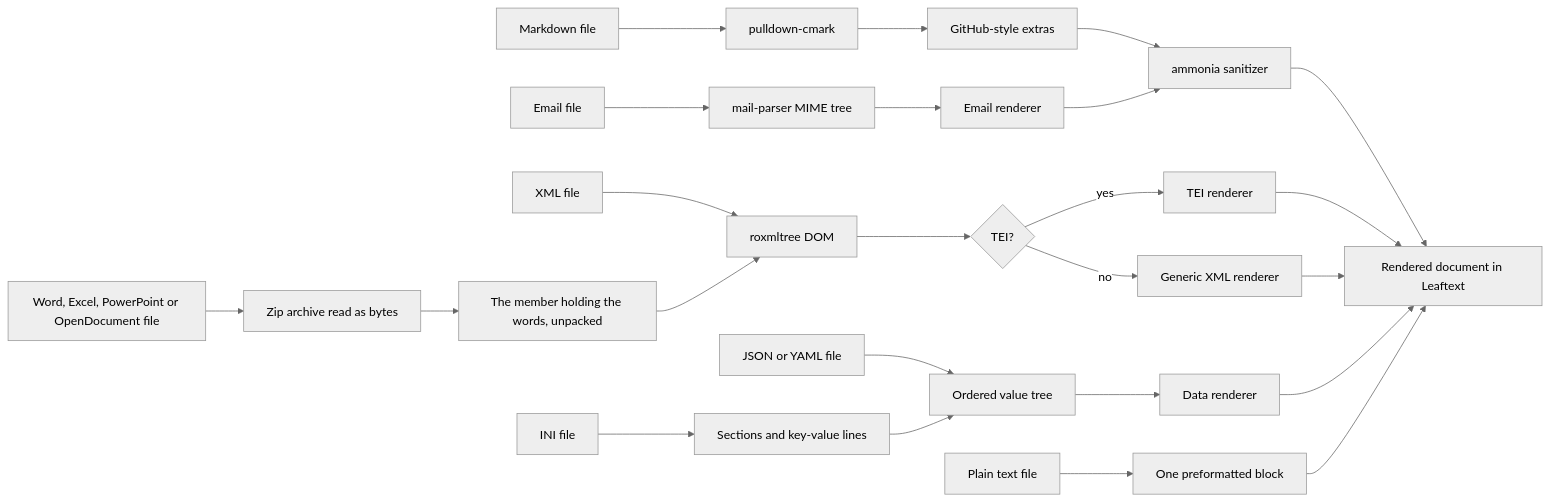
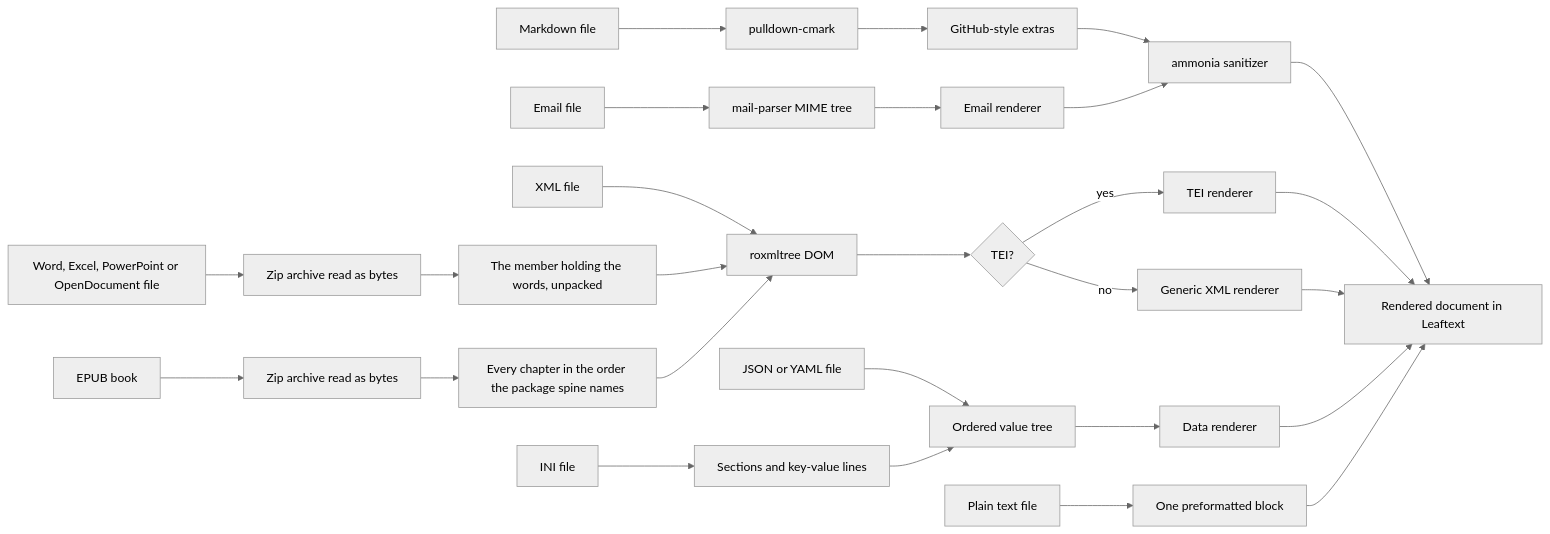
The first of 3 diagrams in docs/01-features/01-rendering.md (ryanallen/leaftext), drawn with Mermaid (neutral theme) before and after one commit. The commit also changed other lines of this file and 14 other files, not shown here.

````diff
--- a/docs/01-features/01-rendering.md
+++ b/docs/01-features/01-rendering.md
@@ -30,26 +31,29 @@
 ```mermaid
 flowchart LR
     A[Markdown file] --> B[pulldown-cmark]
     B --> C[GitHub-style extras]
     C --> D[ammonia sanitizer]
     D --> E[Rendered document in Leaftext]
     F[XML file] --> G[roxmltree DOM]
     G --> H{TEI?}
     H -->|yes| I[TEI renderer]
     H -->|no| J[Generic XML renderer]
     I --> E
     J --> E
     K[JSON or YAML file] --> L[Ordered value tree]
     L --> M[Data renderer]
     M --> E
     N[Email file] --> O[mail-parser MIME tree]
     O --> P[Email renderer]
     P --> D
     Q[INI file] --> R[Sections and key-value lines]
     R --> L
     S[Plain text file] --> T[One preformatted block]
     T --> E
     U[Word, Excel, PowerPoint or OpenDocument file] --> V[Zip archive read as bytes]
     V --> W[The member holding the words, unpacked]
     W --> G
+    X[EPUB book] --> Y[Zip archive read as bytes]
+    Y --> Z[Every chapter in the order the package spine names]
+    Z --> G
 ```
````
